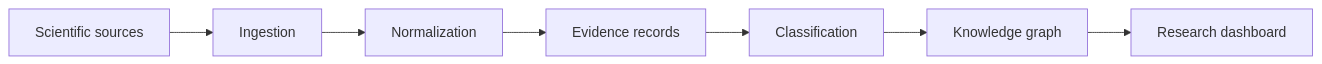
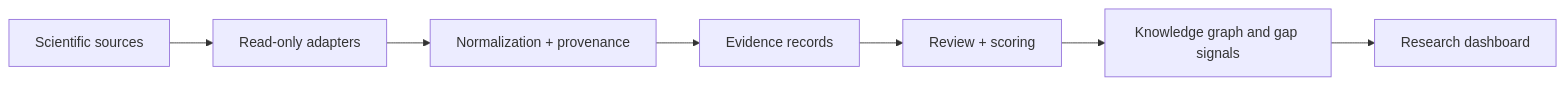
One commit to Ciprian-LocalPulse/OpenLongevityLab changed the diagram in README.md. Above: the diagram before and after it, drawn with Mermaid. The commit also changed other lines of this file and 63 other files, not shown here.

````diff
--- a/README.md
+++ b/README.md
@@ -25,9 +27,9 @@
 ```mermaid
 flowchart LR
-    A[Scientific sources] --> B[Ingestion]
-    B --> C[Normalization]
+    A[Scientific sources] --> B[Read-only adapters]
+    B --> C[Normalization + provenance]
     C --> D[Evidence records]
-    D --> E[Classification]
-    E --> F[Knowledge graph]
+    D --> E[Review + scoring]
+    E --> F[Knowledge graph and gap signals]
     F --> G[Research dashboard]
 ```
````
